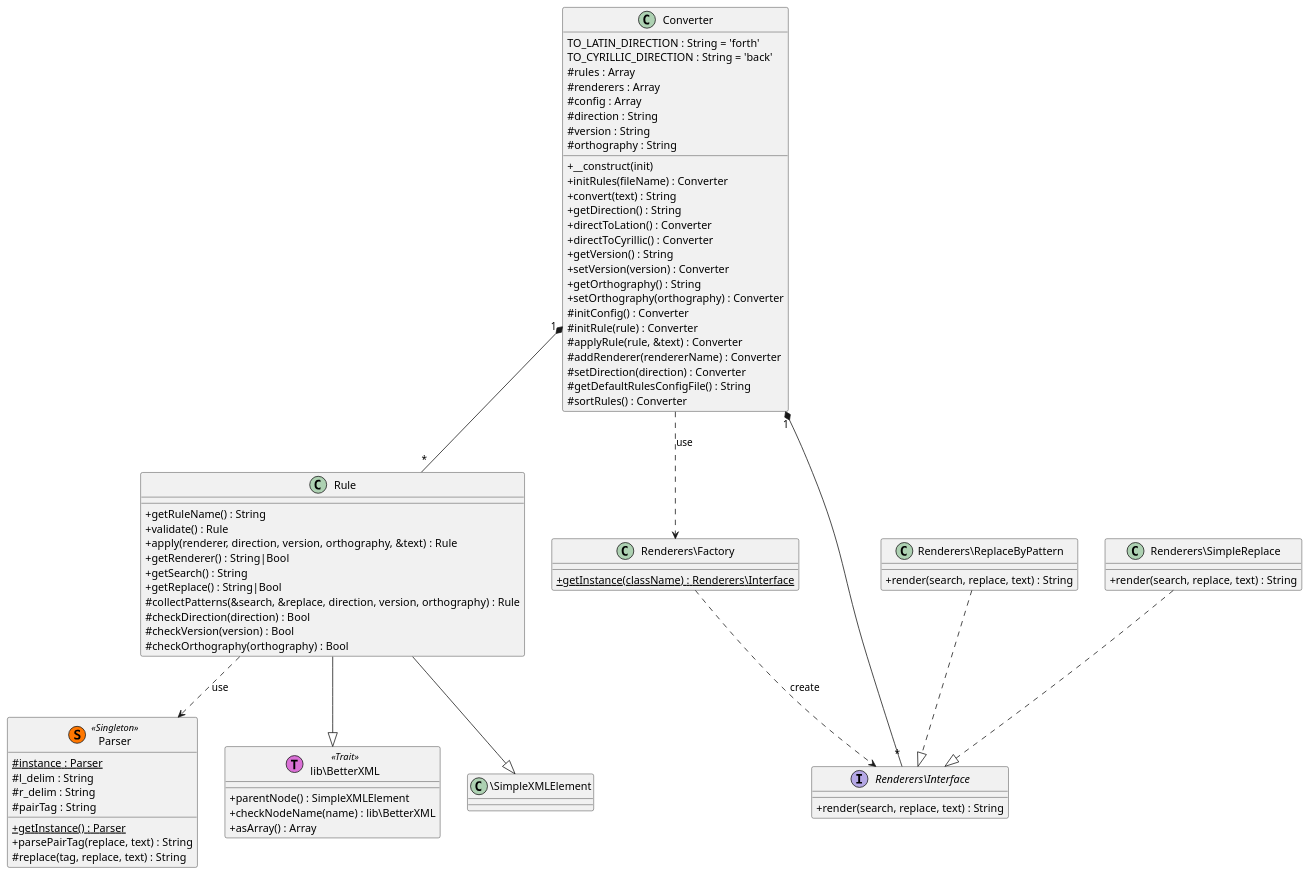
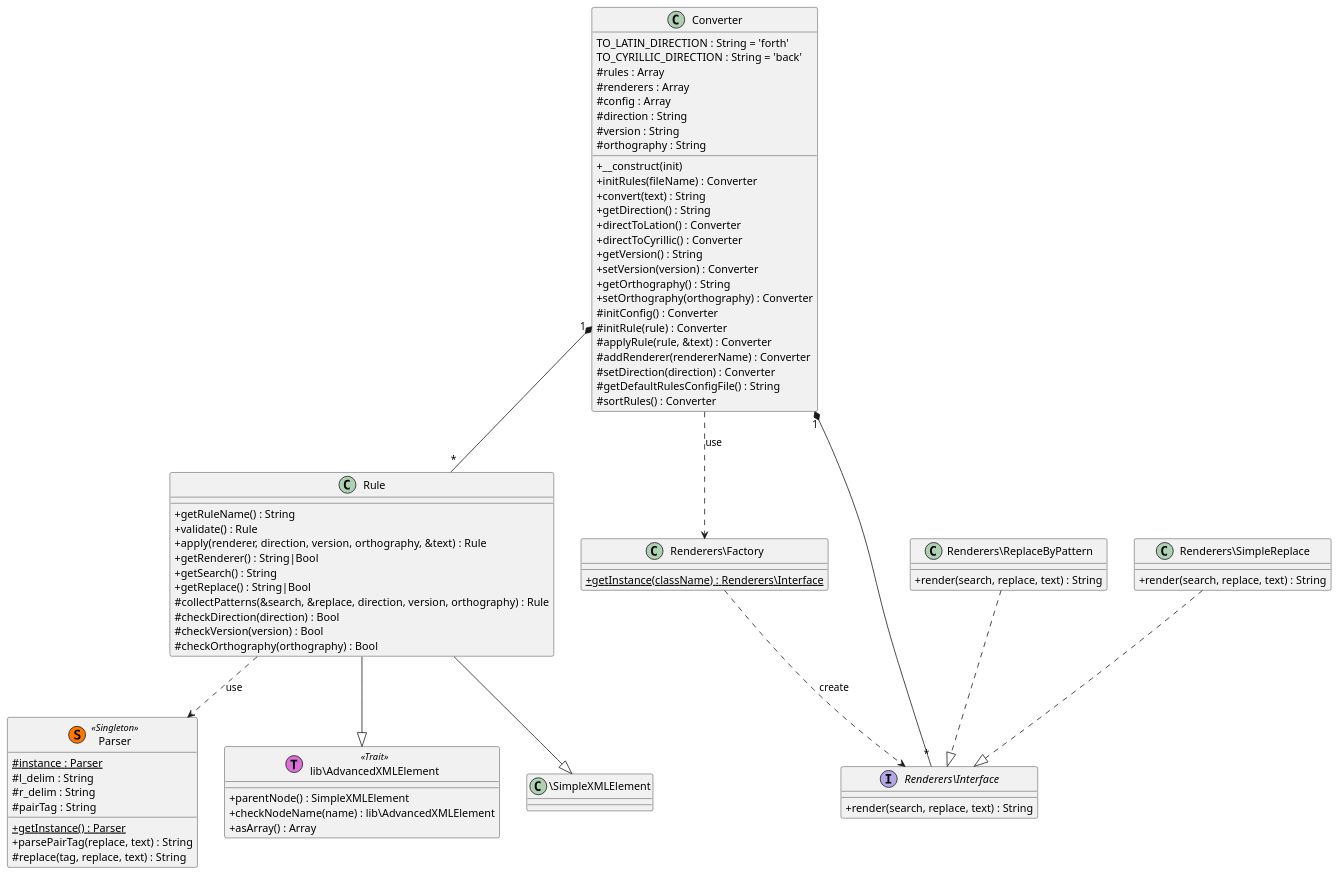
The diagram in diagrams/Class.puml (proton-neutron/lacinka), drawn with PlantUML before and after one commit. The commit also changed 5 other files, not shown here.

```diff
--- a/diagrams/Class.puml
+++ b/diagrams/Class.puml
@@ -1,80 +1,80 @@
 @startuml
 skinparam classAttributeIconSize 0
 
 class Converter {
     TO_LATIN_DIRECTION : String = 'forth'
     TO_CYRILLIC_DIRECTION : String = 'back'
     #rules : Array
     #renderers : Array
     #config : Array
     #direction : String
     #version : String
     #orthography : String
     +__construct(init)
     +initRules(fileName) : Converter
     +convert(text) : String
     +getDirection() : String
     +directToLation() : Converter
     +directToCyrillic() : Converter
     +getVersion() : String
     +setVersion(version) : Converter
     +getOrthography() : String
     +setOrthography(orthography) : Converter
     #initConfig() : Converter
     #initRule(rule) : Converter
     #applyRule(rule, &text) : Converter
     #addRenderer(rendererName) : Converter
     #setDirection(direction) : Converter
     #getDefaultRulesConfigFile() : String
     #sortRules() : Converter
 }
 class Rule {
     +getRuleName() : String
     +validate() : Rule
     +apply(renderer, direction, version, orthography, &text) : Rule
     +getRenderer() : String|Bool
     +getSearch() : String
     +getReplace() : String|Bool
     #collectPatterns(&search, &replace, direction, version, orthography) : Rule
     #checkDirection(direction) : Bool
     #checkVersion(version) : Bool
     #checkOrthography(orthography) : Bool
 }
 class Parser << (S,#FF7700) Singleton >> {
     {static} #instance : Parser
     #l_delim : String
     #r_delim : String
     #pairTag : String
     {static} +getInstance() : Parser
     +parsePairTag(replace, text) : String
     #replace(tag, replace, text) : String
 }
-class lib\BetterXML << (T,orchid) Trait >> {
+class lib\AdvancedXMLElement << (T,orchid) Trait >> {
     +parentNode() : SimpleXMLElement
-    +checkNodeName(name) : lib\BetterXML
+    +checkNodeName(name) : lib\AdvancedXMLElement
     +asArray() : Array
 }
 class Factory as "Renderers\Factory" {
     {static} +getInstance(className) : Renderers\Interface
 }
 interface Interface as "Renderers\Interface" {
     +render(search, replace, text) : String
 }
 class ReplaceByPattern as "Renderers\ReplaceByPattern" {
     +render(search, replace, text) : String
 }
 class SimpleReplace as "Renderers\SimpleReplace" {
     +render(search, replace, text) : String
 }
 
 ReplaceByPattern ..|> Interface
 SimpleReplace ..|> Interface
 Converter ..> Factory: use
 Rule ..> Parser: use
 Rule --|> \SimpleXMLElement
-Rule --|> lib\BetterXML
+Rule --|> lib\AdvancedXMLElement
 Factory ..> Interface: create
 Converter "1" *-- "*" Rule
 Converter "1" *-- "*" Interface
 
 @enduml
```
